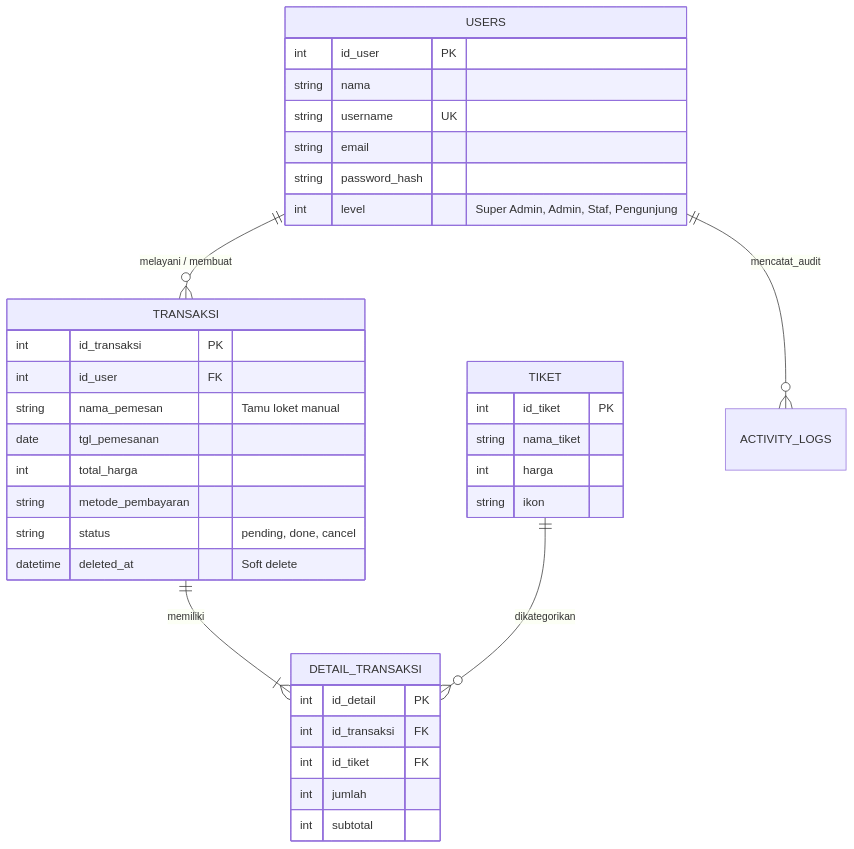
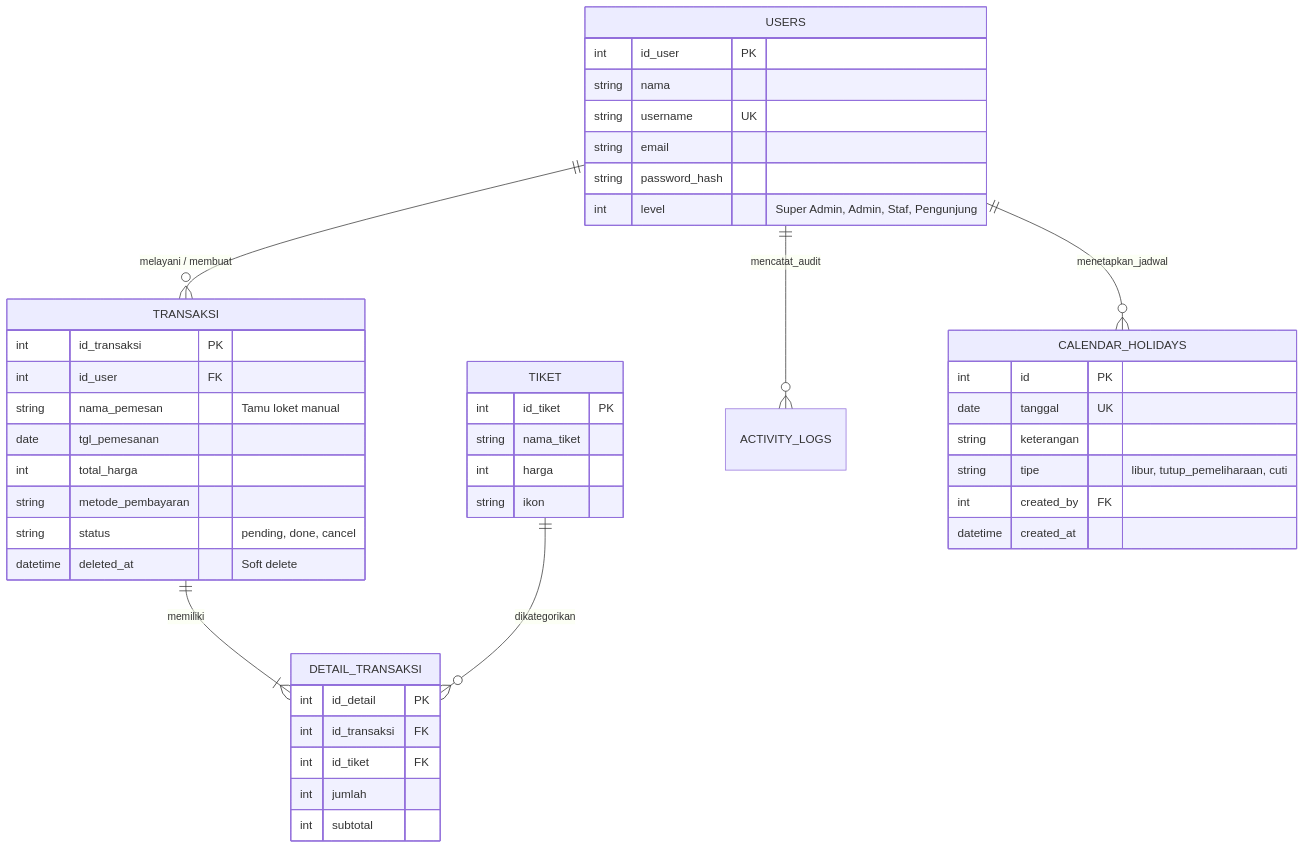
Before and after one commit to Aiyub150/company-profile-pemandian-patemon-jember: the second of 2 diagrams in README.md, drawn with Mermaid. The commit also changed other lines of this file and 35 other files, not shown here.

First line of the commit message:
feat: Add event reorder functionality and calendar management for holidays

````diff
--- a/README.md
+++ b/README.md
@@ -169,42 +212,52 @@
 ```mermaid
 erDiagram
     USERS ||--o{ TRANSAKSI : "melayani / membuat"
     TRANSAKSI ||--|{ DETAIL_TRANSAKSI : "memiliki"
     TIKET ||--o{ DETAIL_TRANSAKSI : "dikategorikan"
     USERS ||--o{ ACTIVITY_LOGS : "mencatat_audit"
+    USERS ||--o{ CALENDAR_HOLIDAYS : "menetapkan_jadwal"
     
     USERS {
         int id_user PK
         string nama
         string username UK
         string email
         string password_hash
         int level "Super Admin, Admin, Staf, Pengunjung"
     }
 
     TIKET {
         int id_tiket PK
         string nama_tiket
         int harga
         string ikon
     }
 
     TRANSAKSI {
         int id_transaksi PK
         int id_user FK
         string nama_pemesan "Tamu loket manual"
         date tgl_pemesanan
         int total_harga
         string metode_pembayaran
         string status "pending, done, cancel"
         datetime deleted_at "Soft delete"
     }
 
     DETAIL_TRANSAKSI {
         int id_detail PK
         int id_transaksi FK
         int id_tiket FK
         int jumlah
         int subtotal
     }
+
+    CALENDAR_HOLIDAYS {
+        int id PK
+        date tanggal UK
+        string keterangan
+        string tipe "libur, tutup_pemeliharaan, cuti"
+        int created_by FK
+        datetime created_at
+    }
 ```
````
